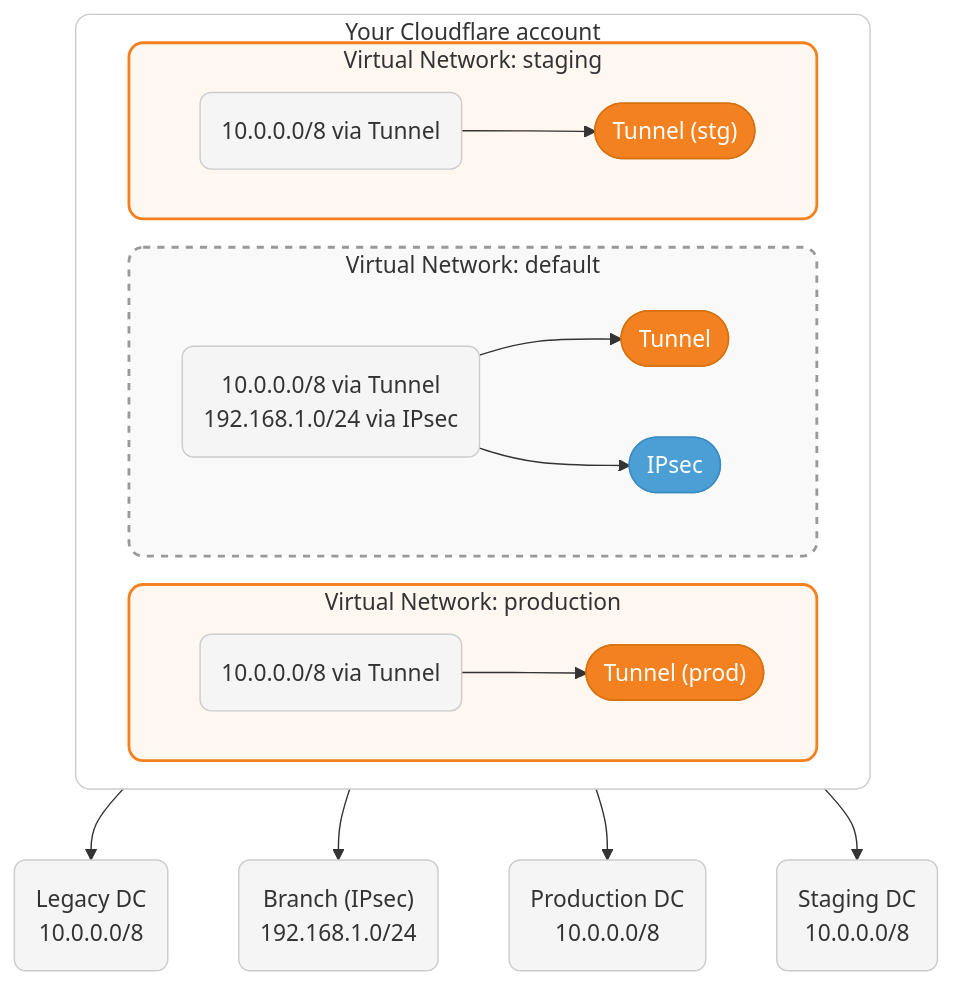
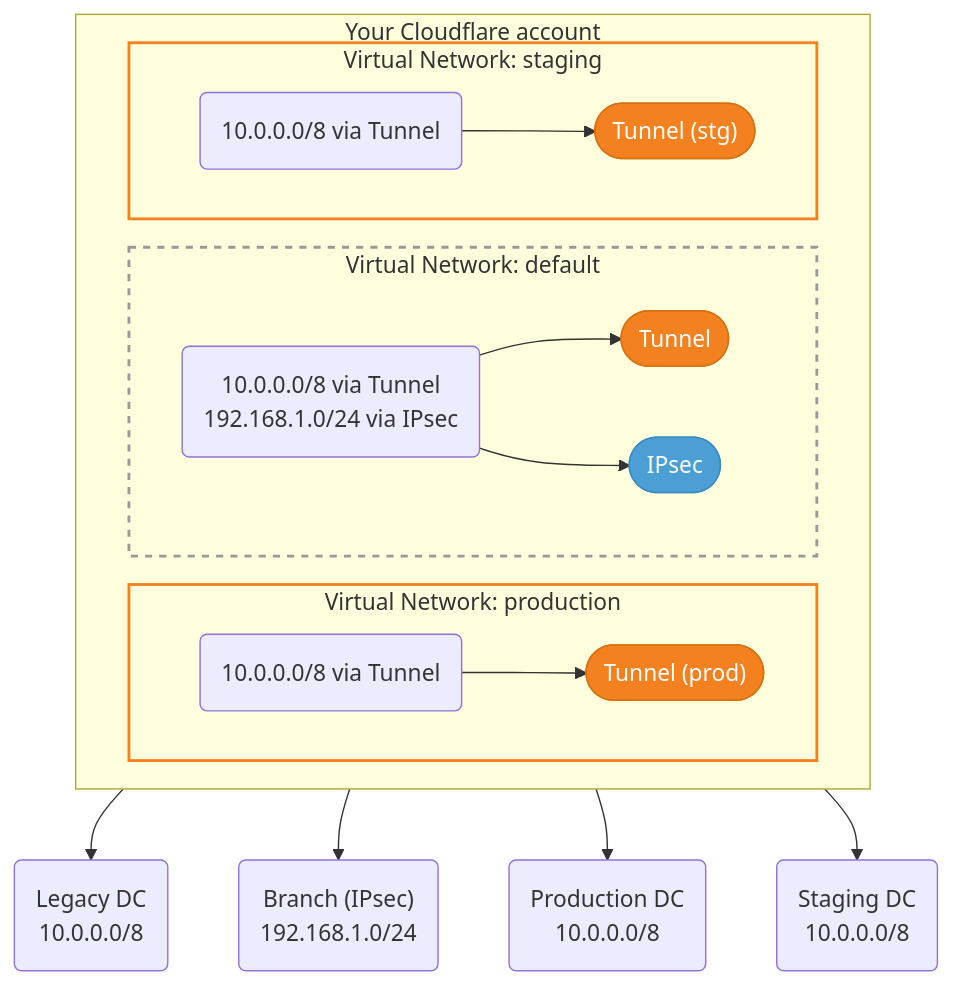
Before and after one commit to rdhanarot/cloudflare-docs: the diagram in src/content/partials/networking-services/virtual-networks-concept.mdx, drawn with Mermaid.

Commit message:
corrected colors for dark mode (#29835)

````diff
--- a/src/content/partials/networking-services/virtual-networks-concept.mdx
+++ b/src/content/partials/networking-services/virtual-networks-concept.mdx
@@ -37,50 +37,45 @@
 ```mermaid
 flowchart TD
 accTitle: Virtual network routing
 accDescr: Shows how a Cloudflare account contains three virtual networks, each with their own routing table and connectors pointing to separate destinations. The same CIDR can exist in each virtual network as isolated routing domains.
 
     subgraph account ["Your Cloudflare account"]
         direction LR
 
         subgraph vnet_default ["Virtual Network: default"]
             routes_d("10.0.0.0/8 via Tunnel
             192.168.1.0/24 via IPsec")
             routes_d --> tunnel_d(["Tunnel"])
             routes_d --> ipsec_d(["IPsec"])
         end
 
         subgraph vnet_prod ["Virtual Network: production"]
             routes_p("10.0.0.0/8 via Tunnel")
             routes_p --> tunnel_p(["Tunnel (prod)"])
         end
 
         subgraph vnet_stg ["Virtual Network: staging"]
             routes_s("10.0.0.0/8 via Tunnel")
             routes_s --> tunnel_s(["Tunnel (stg)"])
         end
     end
 
     tunnel_d --> dc_legacy("Legacy DC
     10.0.0.0/8")
     ipsec_d --> dc_branch("Branch (IPsec)
     192.168.1.0/24")
     tunnel_p --> dc_prod("Production DC
     10.0.0.0/8")
     tunnel_s --> dc_stg("Staging DC
     10.0.0.0/8")
 
-    classDef orange fill:#f48120,stroke:#d6710e,color:#fff,rx:8,ry:8
-    classDef blue fill:#4b9fd5,stroke:#3a8bc2,color:#fff,rx:8,ry:8
-    classDef route fill:#f5f5f5,stroke:#ccc,rx:8,ry:8
-    classDef dest fill:#f5f5f5,stroke:#ccc,rx:8,ry:8
+    classDef orange fill:#f48120,stroke:#d6710e,color:#fff
+    classDef blue fill:#4b9fd5,stroke:#3a8bc2,color:#fff
 
     class tunnel_d,tunnel_p,tunnel_s orange
     class ipsec_d blue
-    class routes_d,routes_p,routes_s route
-    class dc_legacy,dc_branch,dc_prod,dc_stg dest
 
-    style vnet_default stroke:#999,stroke-width:2px,stroke-dasharray: 5 5,fill:#f9f9f9,rx:10,ry:10
-    style vnet_prod stroke:#f48120,stroke-width:2px,fill:#fff7f0,rx:10,ry:10
-    style vnet_stg stroke:#f48120,stroke-width:2px,fill:#fff7f0,rx:10,ry:10
-    style account stroke:#ccc,stroke-width:1px,fill:#ffffff,rx:10,ry:10
+    style vnet_default stroke:#999,stroke-width:2px,stroke-dasharray: 5 5
+    style vnet_prod stroke:#f48120,stroke-width:2px
+    style vnet_stg stroke:#f48120,stroke-width:2px
 ```
````
